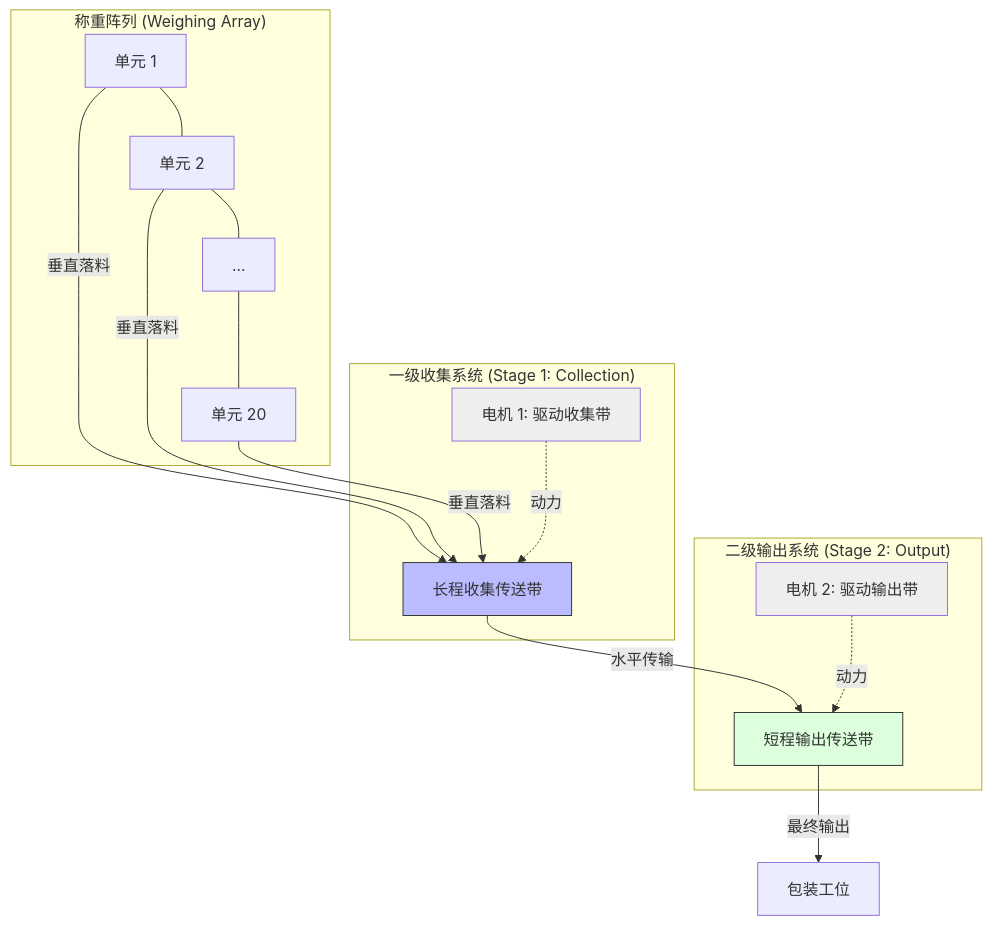
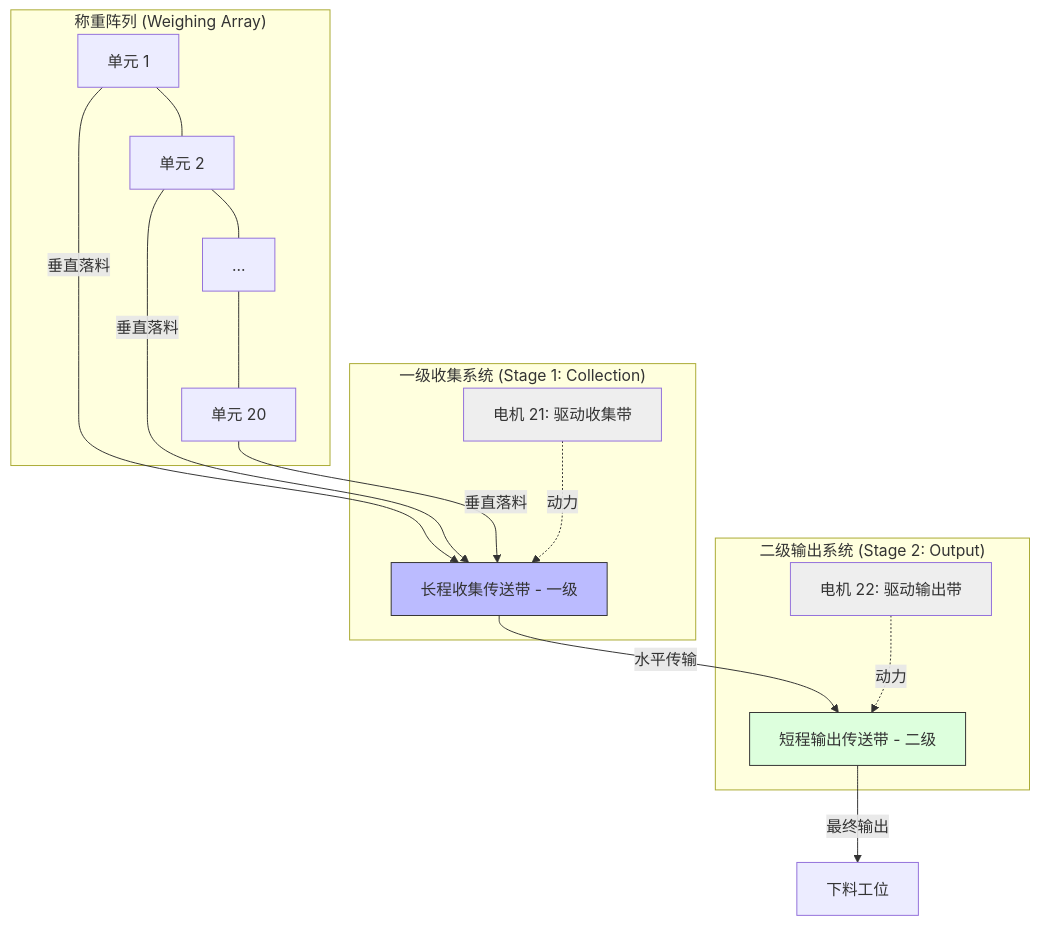
Before and after one commit to voicevon/esp32_weight_master: the diagram in doc/hardware_layout.md, drawn with Mermaid. The commit also changed other lines of this file and 20 other files, not shown here.

````diff
--- a/doc/hardware_layout.md
+++ b/doc/hardware_layout.md
@@ -9,31 +9,31 @@
 ```mermaid
 graph TD
     subgraph "称重阵列 (Weighing Array)"
         U1[单元 1] --- U2[单元 2] --- U3[...] --- U20[单元 20]
     end
 
     subgraph "一级收集系统 (Stage 1: Collection)"
-        B1[长程收集传送带]
-        M1[电机 1: 驱动收集带]
+        B1[长程收集传送带 - 一级]
+        M1[电机 21: 驱动收集带]
     end
 
     subgraph "二级输出系统 (Stage 2: Output)"
-        B2[短程输出传送带]
-        M2[电机 2: 驱动输出带]
+        B2[短程输出传送带 - 二级]
+        M2[电机 22: 驱动输出带]
     end
 
     U1 -- 垂直落料 --> B1
     U2 -- 垂直落料 --> B1
     U20 -- 垂直落料 --> B1
 
     B1 -- 水平传输 --> B2
-    B2 -- 最终输出 --> Packaging[包装工位]
+    B2 -- 最终输出 --> Packaging[下料工位]
 
     M1 -. 动力 .-> B1
     M2 -. 动力 .-> B2
 
     style B1 fill:#bbf,stroke:#333
     style B2 fill:#dfd,stroke:#333
     style M1 fill:#eee
     style M2 fill:#eee
 ```
````
